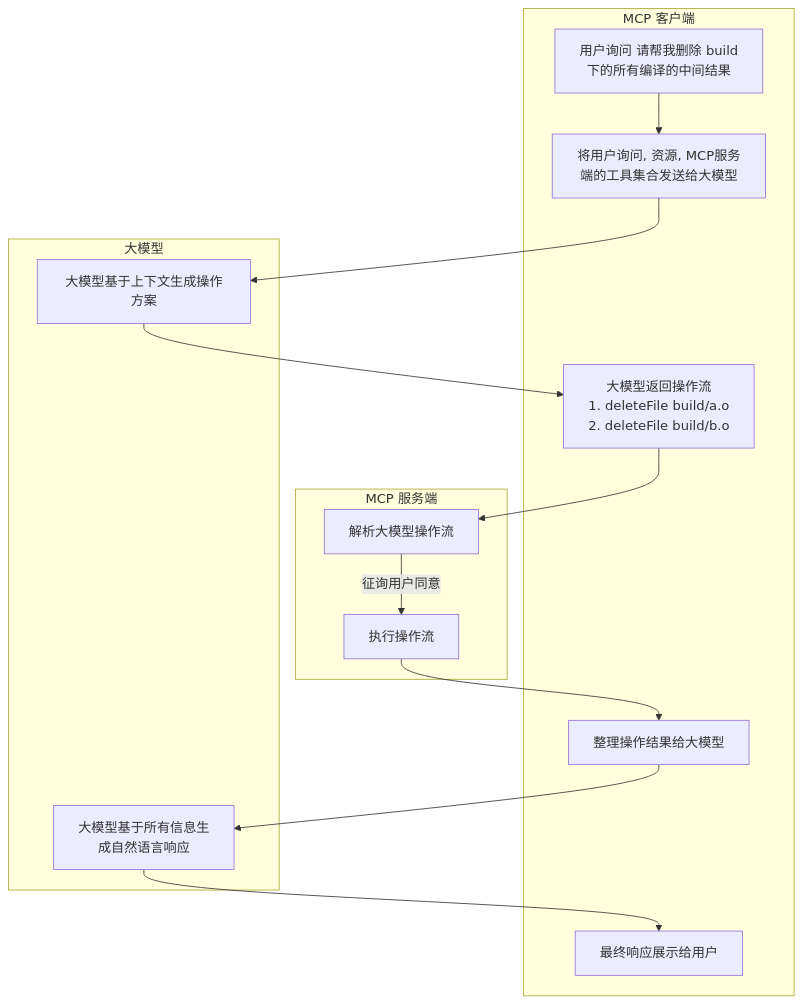
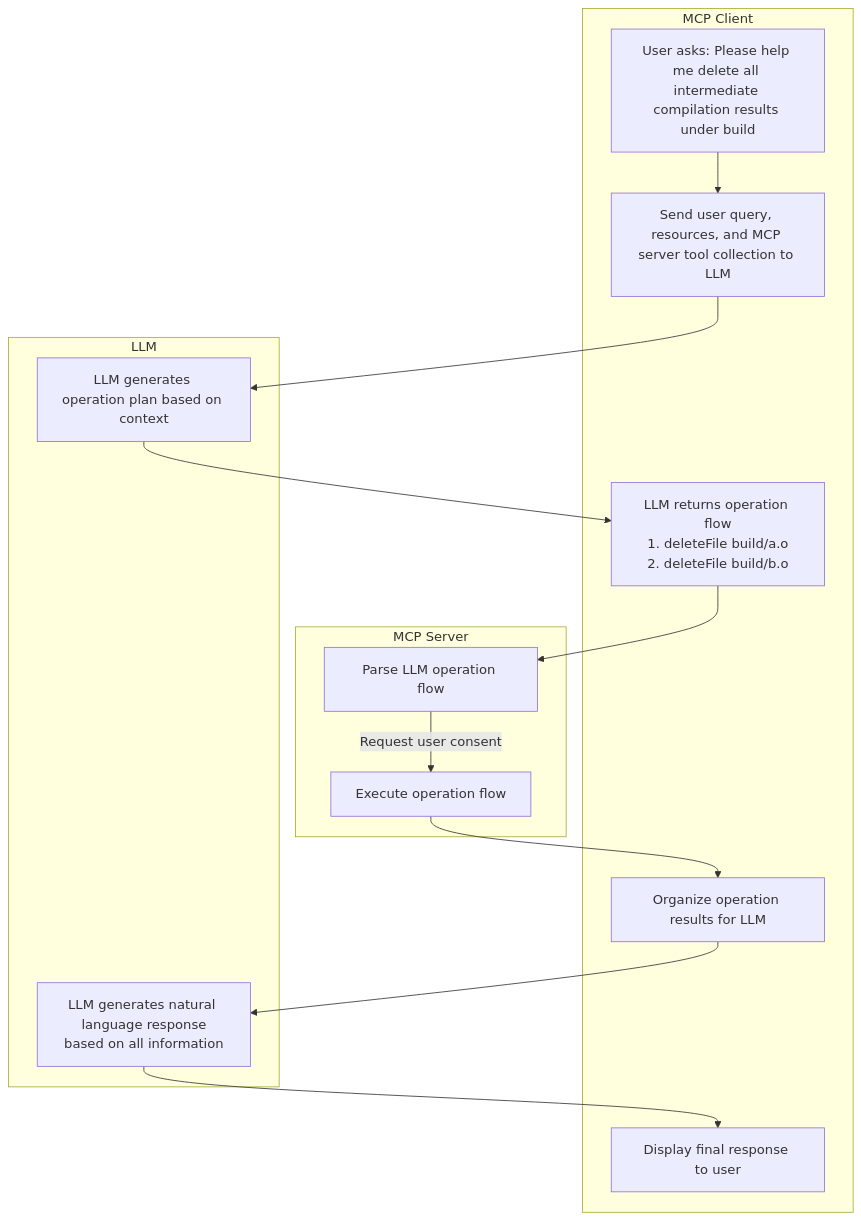
Before and after one commit to LSTM-Kirigaya/openmcp-document: the fifth of 5 diagrams in plugin-tutorial/what-is-mcp.md, drawn with Mermaid. The commit also changed other lines of this file and 144 other files, not shown here.

````diff
--- a/plugin-tutorial/what-is-mcp.md
+++ b/plugin-tutorial/what-is-mcp.md
@@ -148,27 +141,30 @@
 ```mermaid
 graph TB
-    subgraph MCP 客户端
-        A1[用户询问 请帮我删除 build\n下的所有编译的中间结果] --> A2[将用户询问, 资源, MCP服务端的工具集合发送给大模型]
+    subgraph MCP Client
+        A1[User asks: Please help me delete all intermediate compilation results under build] --> A2[Send user query, resources, and MCP server tool collection to LLM]
 
-        A3[大模型返回操作流\n1. deleteFile build/a.o\n2. deleteFile build/b.o]
-        A4[整理操作结果给大模型]
-        A5[最终响应展示给用户]
+        A3[LLM returns operation flow
+1. deleteFile build/a.o
+2. deleteFile build/b.o]
+        A4[Organize operation results for LLM]
+        A5[Display final response to user]
     end
 
-    subgraph MCP 服务端
-        B1[解析大模型操作流] --征询用户同意--> B2[执行操作流]
+    subgraph MCP Server
+        B1[Parse LLM operation flow] --Request user consent--> B2[Execute operation flow]
     end
     
-    subgraph 大模型
-    	C1[大模型基于上下文生成操作方案]
-    	
-    	C2[大模型基于所有信息生\n成自然语言响应]
+    subgraph LLM
+        C1[LLM generates operation plan based on context]
+        
+        C2[LLM generates natural language response
+based on all information]
     end
    
 A3 --> B1
 B2 --> A4
 A2 --> C1
 C1 --> A3
 A4 --> C2
 C2 --> A5
 ```
````
